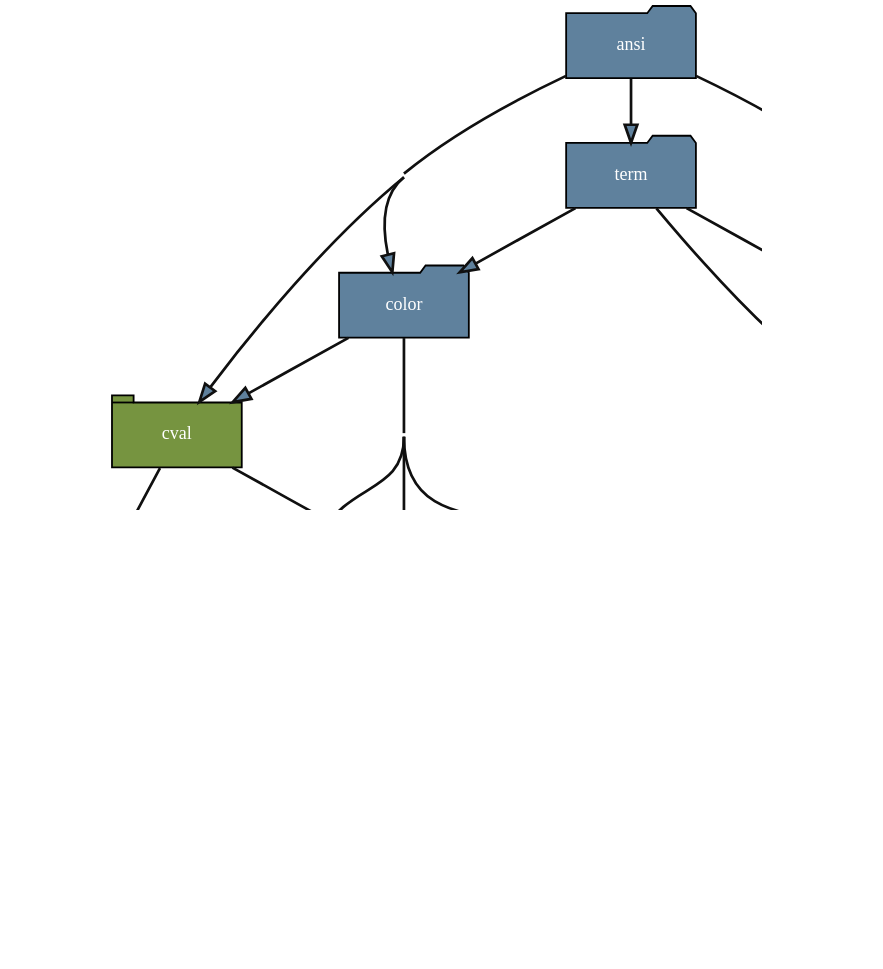
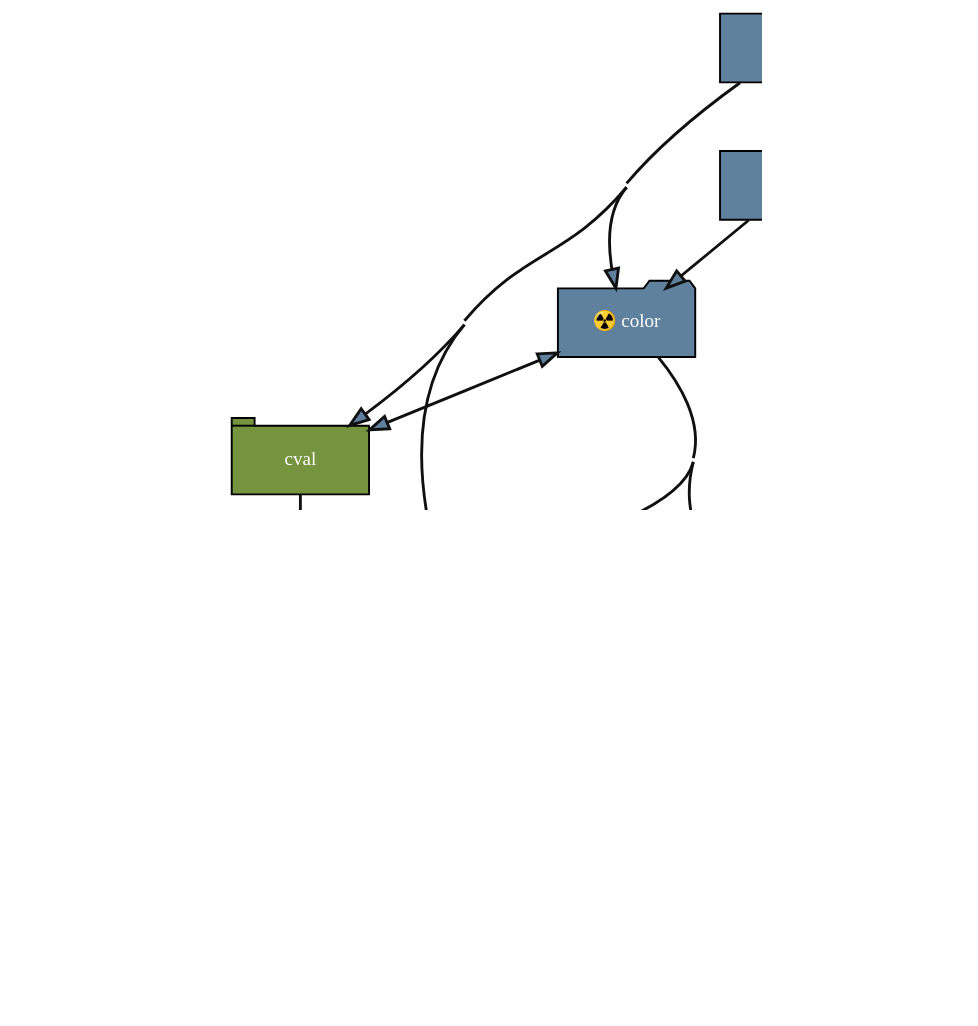
The diagram in docs/_generated/module-default.dot (delameter/pytermor), drawn with Graphviz before and after one commit. The commit also changed 116 other files, not shown here.

```diff
--- a/docs/_generated/module-default.dot
+++ b/docs/_generated/module-default.dot
@@ -1,58 +1,58 @@
 
 digraph G {
     dpi = 150;
     concentrate = true;
     rankdir = TB;
     #TBbalance = min;
     ratio=fill;
     size="4";
 
     node [
         style="filled",
         fontname="Literal Bold",
         margin="0.2,0.0",
         fontsize=10,
         width=1.0,
         height=.5,
     ];
     edge [
         color="#101010",
         penwidth=1.5,
     ];
 
     pytermor_ansi [shape="folder",group="low",fillcolor="#5f819d",fontcolor="#ffffff",label="ansi"];
-    pytermor_color [shape="folder",group="low",fillcolor="#5f819d",fontcolor="#ffffff",label="color"];
+    pytermor_color [shape="folder",group="low",fillcolor="#5f819d",fontcolor="#ffffff",label="☢️ color"];
     pytermor_cval [shape="tab",fillcolor="#769440",fontcolor="#ffffff",label="cval"];
     pytermor_filter [shape="folder",group="low",fillcolor="#5f819d",fontcolor="#ffffff",label="filter"];
     pytermor_numfmt [shape="tab",fillcolor="#769440",fontcolor="#ffffff",label="numfmt"];
     pytermor_renderer [shape="tab",fillcolor="#769440",fontcolor="#ffffff",label="☢️ renderer"];
     pytermor_style [shape="tab",fillcolor="#769440",fontcolor="#ffffff",label="☢️ style"];
     pytermor_template [shape="tab",fillcolor="#769440",fontcolor="#ffffff",label="template"];
     pytermor_term [shape="folder",group="low",fillcolor="#5f819d",fontcolor="#ffffff",label="term"];
     pytermor_text [shape="tab",fillcolor="#769440",fontcolor="#ffffff",label="☢️ text"];
     pytermor_ansi -> pytermor_color [fillcolor="#5f819d"];
     pytermor_ansi -> pytermor_cval [fillcolor="#5f819d"];
     pytermor_ansi -> pytermor_filter [fillcolor="#5f819d"];
     pytermor_ansi -> pytermor_renderer [fillcolor="#5f819d"];
     pytermor_ansi -> pytermor_template [fillcolor="#5f819d"];
     pytermor_ansi -> pytermor_term [fillcolor="#5f819d"];
     pytermor_color -> pytermor_cval [fillcolor="#5f819d"];
     pytermor_color -> pytermor_renderer [fillcolor="#5f819d"];
     pytermor_color -> pytermor_style [fillcolor="#5f819d"];
     pytermor_color -> pytermor_template [fillcolor="#5f819d"];
     pytermor_color -> pytermor_text [fillcolor="#5f819d"];
-    pytermor_cval -> pytermor_numfmt [fillcolor="#769440"];
+    pytermor_cval -> pytermor_color [fillcolor="#769440"];
     pytermor_cval -> pytermor_style [fillcolor="#769440"];
     pytermor_renderer -> pytermor_template [fillcolor="#769440"];
     pytermor_renderer -> pytermor_text [fillcolor="#769440"];
     pytermor_style -> pytermor_numfmt [fillcolor="#769440"];
     pytermor_style -> pytermor_renderer [fillcolor="#769440"];
     pytermor_style -> pytermor_template [fillcolor="#769440"];
     pytermor_style -> pytermor_text [fillcolor="#769440"];
     pytermor_term -> pytermor_color [fillcolor="#5f819d"];
     pytermor_term -> pytermor_filter [fillcolor="#5f819d"];
     pytermor_term -> pytermor_template [fillcolor="#5f819d"];
     pytermor_term -> pytermor_text [fillcolor="#5f819d"];
     pytermor_text -> pytermor_numfmt [fillcolor="#769440"];
     pytermor_text -> pytermor_template [fillcolor="#769440"];
 }
```
